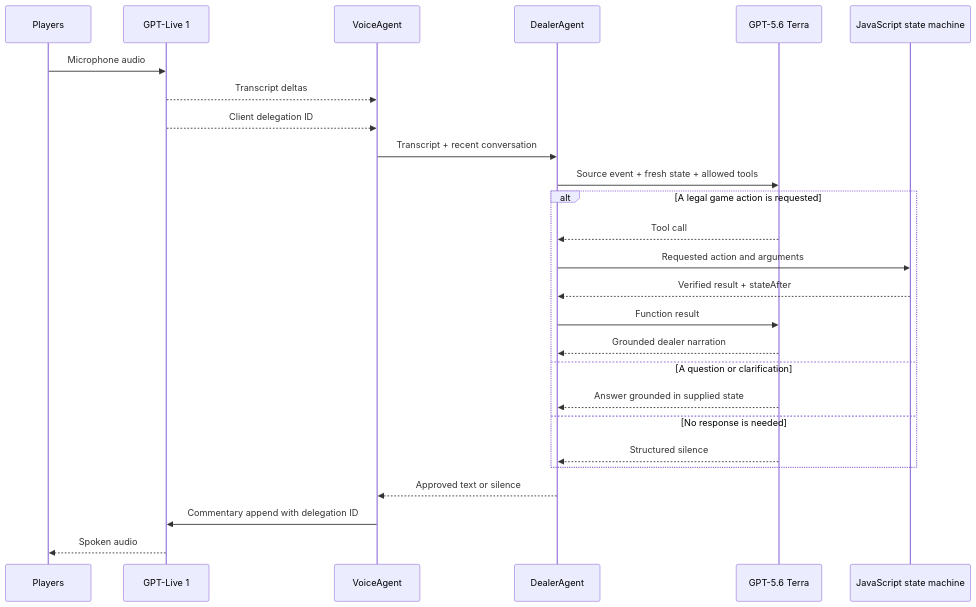
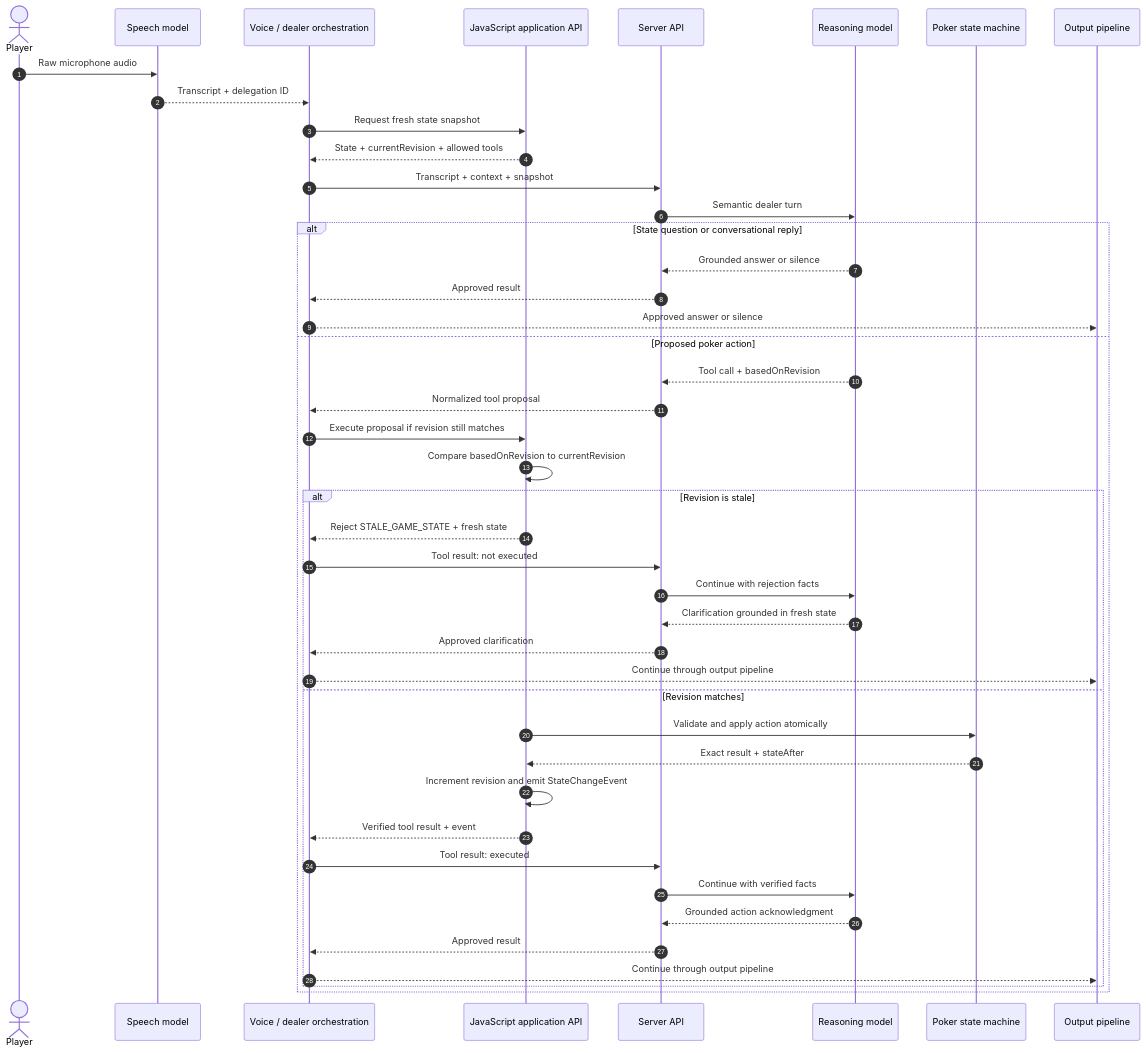
The second of 3 diagrams in docs/model-layering.md (samboodman/robodeal), drawn with Mermaid before and after one commit. The commit also changed other lines of this file, not shown here.

Commit message:
Expand model layering design and diagrams

````diff
--- a/docs/model-layering.md
+++ b/docs/model-layering.md
@@ -133,29 +232,48 @@
 ```mermaid
 sequenceDiagram
-    participant P as Players
-    participant L as GPT-Live 1
-    participant V as VoiceAgent
-    participant D as DealerAgent
-    participant T as GPT-5.6 Terra
-    participant J as JavaScript state machine
+    autonumber
+    actor P as Player
+    participant L as Speech model
+    participant V as Voice / dealer orchestration
+    participant J as JavaScript application API
+    participant A as Server API
+    participant T as Reasoning model
+    participant S as Poker state machine
+    participant O as Output pipeline
 
-    P->>L: Microphone audio
-    L-->>V: Transcript deltas
-    L-->>V: Client delegation ID
-    V->>D: Transcript + recent conversation
-    D->>T: Source event + fresh state + allowed tools
-    alt A legal game action is requested
-        T-->>D: Tool call
-        D->>J: Requested action and arguments
-        J-->>D: Verified result + stateAfter
-        D->>T: Function result
-        T-->>D: Grounded dealer narration
-    else A question or clarification
-        T-->>D: Answer grounded in supplied state
-    else No response is needed
-        T-->>D: Structured silence
+    P->>L: Raw microphone audio
+    L-->>V: Transcript + delegation ID
+    V->>J: Request fresh state snapshot
+    J-->>V: State + currentRevision + allowed tools
+    V->>A: Transcript + context + snapshot
+    A->>T: Semantic dealer turn
+
+    alt State question or conversational reply
+        T-->>A: Grounded answer or silence
+        A-->>V: Approved result
+        V-->>O: Approved answer or silence
+    else Proposed poker action
+        T-->>A: Tool call + basedOnRevision
+        A-->>V: Normalized tool proposal
+        V->>J: Execute proposal if revision still matches
+        J->>J: Compare basedOnRevision to currentRevision
+        alt Revision is stale
+            J-->>V: Reject STALE_GAME_STATE + fresh state
+            V->>A: Tool result: not executed
+            A->>T: Continue with rejection facts
+            T-->>A: Clarification grounded in fresh state
+            A-->>V: Approved clarification
+            V-->>O: Continue through output pipeline
+        else Revision matches
+            J->>S: Validate and apply action atomically
+            S-->>J: Exact result + stateAfter
+            J->>J: Increment revision and emit StateChangeEvent
+            J-->>V: Verified tool result + event
+            V->>A: Tool result: executed
+            A->>T: Continue with verified facts
+            T-->>A: Grounded action acknowledgment
+            A-->>V: Approved result
+            V-->>O: Continue through output pipeline
+        end
     end
-    D-->>V: Approved text or silence
-    V->>L: Commentary append with delegation ID
-    L-->>P: Spoken audio
 ```
````
